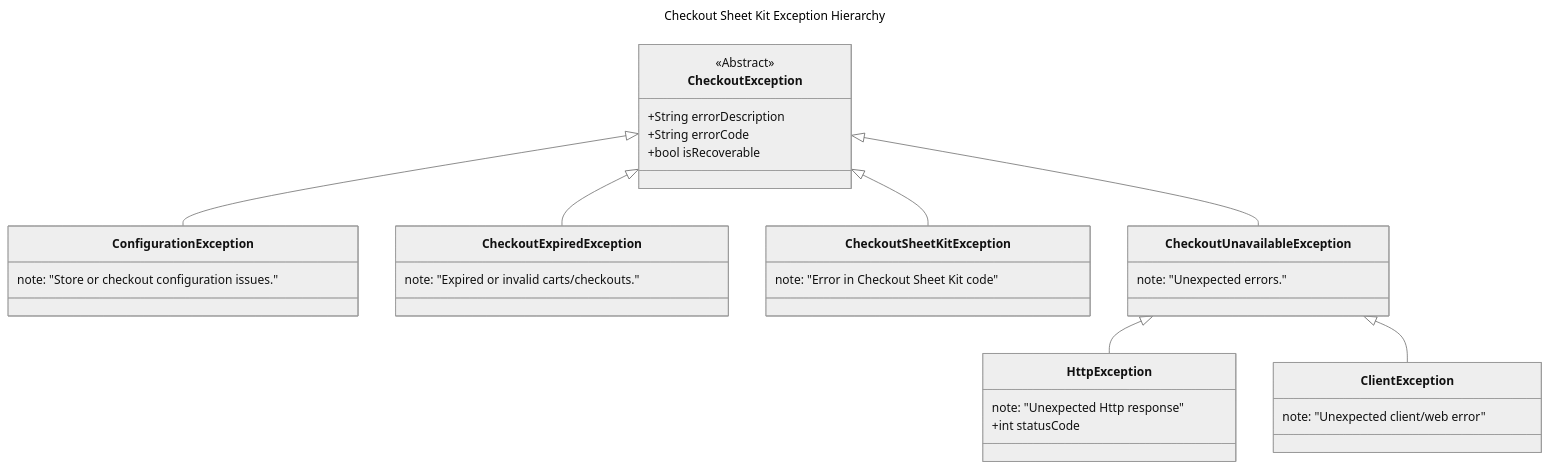
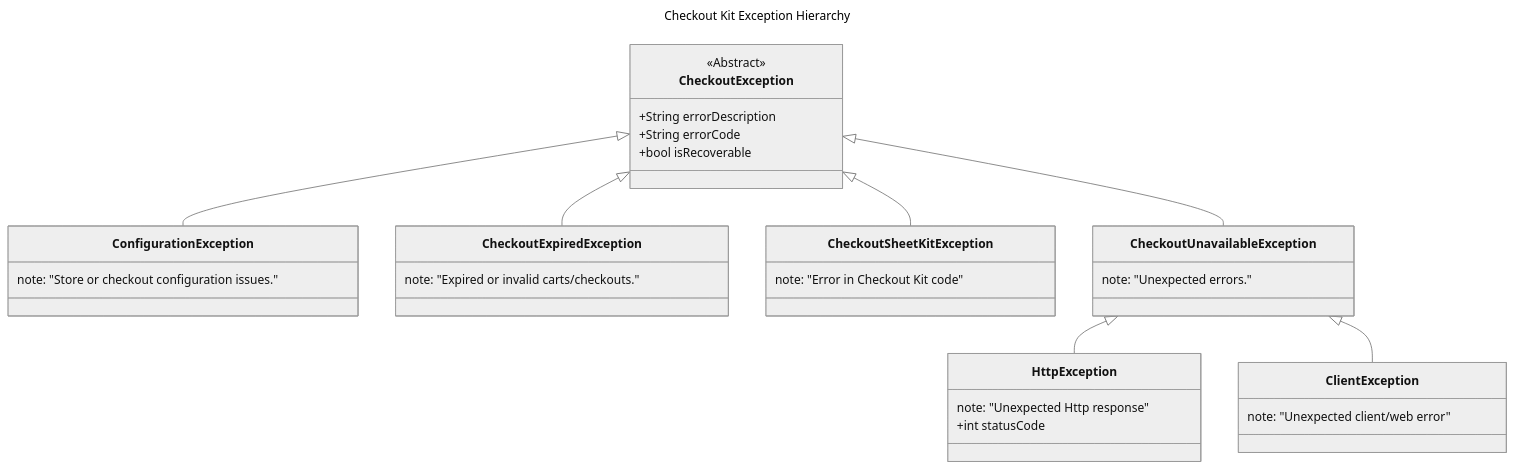
The diagram in README.md (Shopify/checkout-sheet-kit-android), drawn with Mermaid (neutral theme) before and after one commit. The commit also changed other lines of this file, not shown here.

Commit message:
Update README.md text for Checkout Kit rename

````diff
--- a/README.md
+++ b/README.md
@@ -458,37 +460,37 @@
 ```mermaid
 ---
-title: Checkout Sheet Kit Exception Hierarchy
+title: Checkout Kit Exception Hierarchy
 ---
 classDiagram
     CheckoutException <|-- ConfigurationException
     CheckoutException <|-- CheckoutExpiredException
     CheckoutException <|-- CheckoutSheetKitException
     CheckoutException <|-- CheckoutUnavailableException
     CheckoutUnavailableException <|-- HttpException
     CheckoutUnavailableException <|-- ClientException
 
     <<Abstract>> CheckoutException
     CheckoutException : +String errorDescription
     CheckoutException : +String errorCode
     CheckoutException : +bool isRecoverable
 
     class ConfigurationException{
         note: "Store or checkout configuration issues."
     }
     class CheckoutExpiredException{
         note: "Expired or invalid carts/checkouts."
     }
     class CheckoutUnavailableException{
         note: "Unexpected errors."
     }
     class HttpException{
         note: "Unexpected Http response"
         +int statusCode
     }
     class ClientException{
         note: "Unexpected client/web error"
     }
     class CheckoutSheetKitException{
-        note: "Error in Checkout Sheet Kit code"
+        note: "Error in Checkout Kit code"
     }
 ```
````
